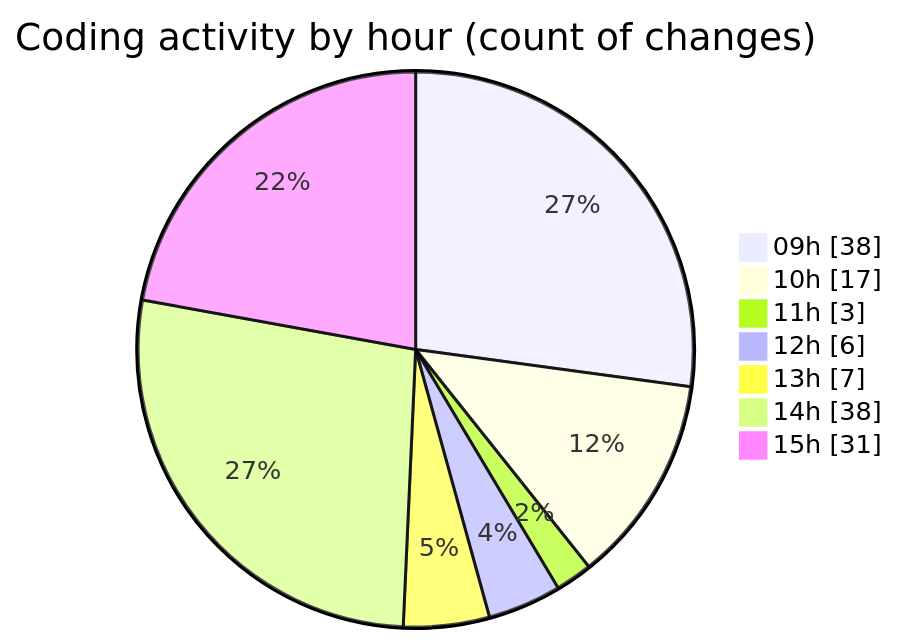
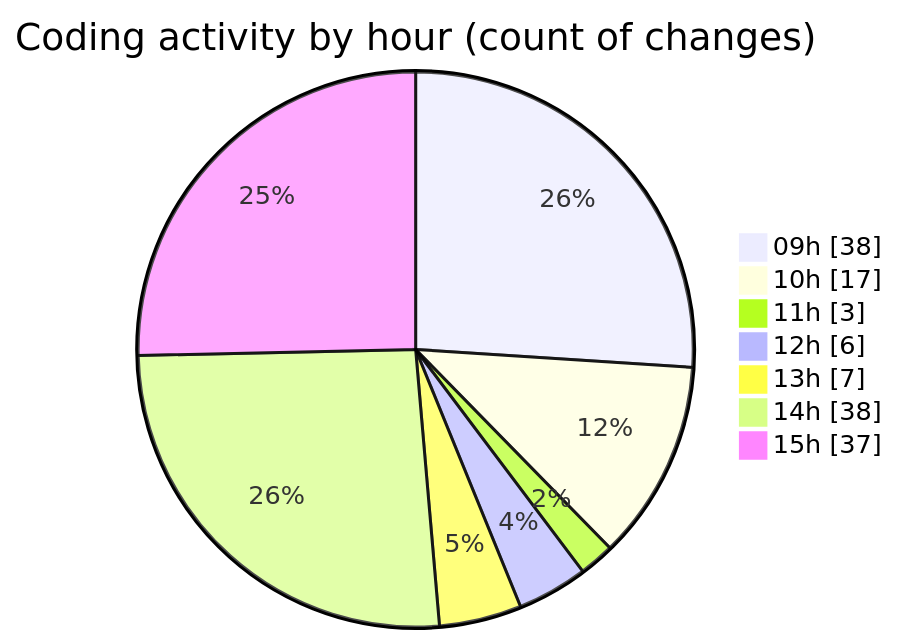
One commit to momahboobian/code-tracking changed the second of 2 diagrams in 2026-10-22/cda/README.md. Above: the diagram before and after it, drawn with Mermaid. The commit also changed other lines of this file and 1 other file, not shown here.

````diff
--- a/2026-10-22/cda/README.md
+++ b/2026-10-22/cda/README.md
@@ -64,11 +70,11 @@
 ```mermaid
 pie showData
 title Coding activity by hour (count of changes)
 "09h" : 38
 "10h" : 17
 "11h" : 3
 "12h" : 6
 "13h" : 7
 "14h" : 38
-"15h" : 31
+"15h" : 37
 ```
````
